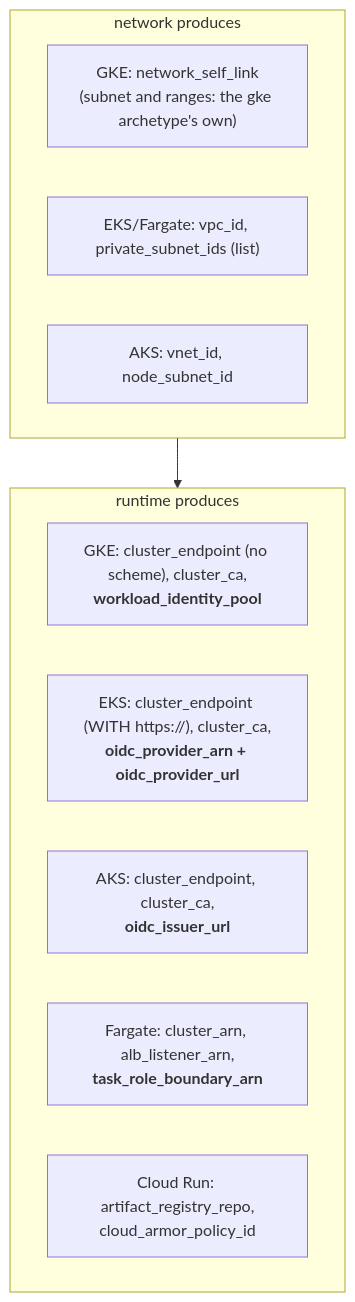
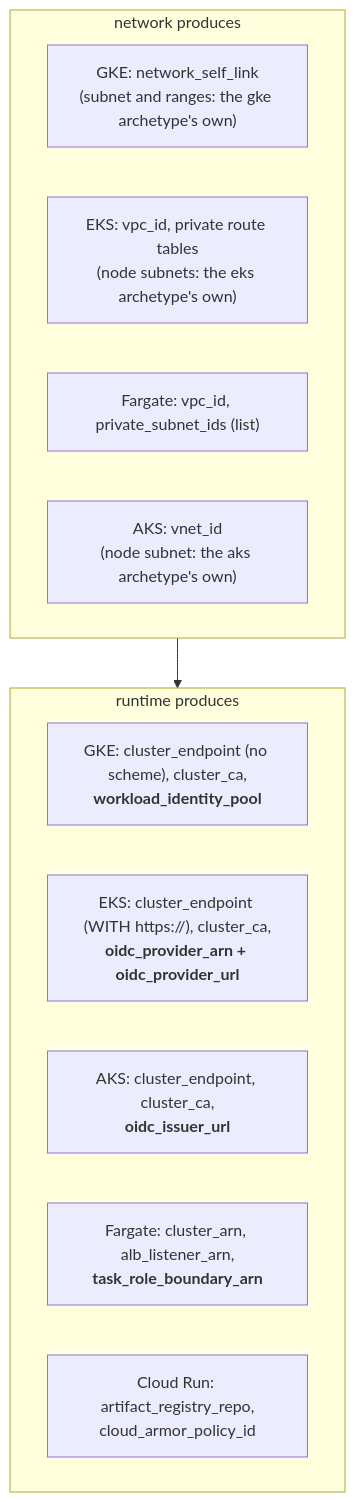
One commit to aescanero/proposal_documents changed the tenth of 19 diagrams in docs/en/platform-overview.md. Above: the diagram before and after it, drawn with Mermaid. The commit also changed 9 other files, not shown here.

First line of the commit message:
Move the EKS and AKS guides to runtime-owned subnets (en and es)

````diff
--- a/docs/en/platform-overview.md
+++ b/docs/en/platform-overview.md
@@ -271,16 +271,17 @@
 ```mermaid
 flowchart TD
     subgraph NET["network produces"]
         G1["GKE: network_self_link<br/>(subnet and ranges: the gke archetype's own)"]
-        A1["EKS/Fargate: vpc_id, private_subnet_ids (list)"]
-        Z1["AKS: vnet_id, node_subnet_id"]
+        A1["EKS: vpc_id, private route tables<br/>(node subnets: the eks archetype's own)"]
+        F1["Fargate: vpc_id, private_subnet_ids (list)"]
+        Z1["AKS: vnet_id<br/>(node subnet: the aks archetype's own)"]
     end
     subgraph CLU["runtime produces"]
         G2["GKE: cluster_endpoint (no scheme), cluster_ca,<br/><b>workload_identity_pool</b>"]
         A2["EKS: cluster_endpoint (WITH https://), cluster_ca,<br/><b>oidc_provider_arn + oidc_provider_url</b>"]
         Z2["AKS: cluster_endpoint, cluster_ca,<br/><b>oidc_issuer_url</b>"]
         F2["Fargate: cluster_arn, alb_listener_arn,<br/><b>task_role_boundary_arn</b>"]
         C2["Cloud Run: artifact_registry_repo,<br/>cloud_armor_policy_id"]
     end
     NET --> CLU
 ```
````
